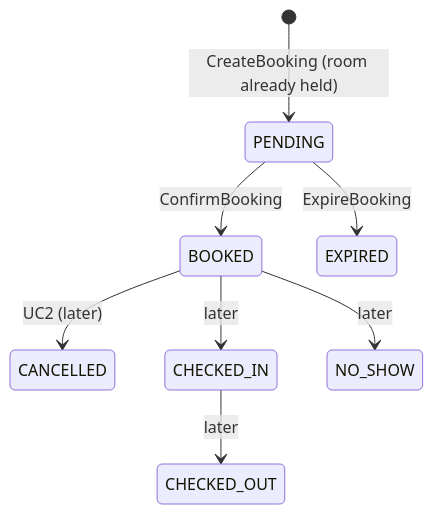
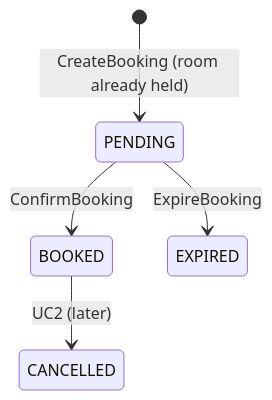
The third of 4 diagrams in doc/uc1-create-booking/state-machines.md (TranQuangPhong/hotel-booking-hexagon), drawn with Mermaid before and after one commit. The commit also changed other lines of this file and 12 other files, not shown here.

````diff
--- a/doc/uc1-create-booking/state-machines.md
+++ b/doc/uc1-create-booking/state-machines.md
@@ -93,10 +80,7 @@
 ```mermaid
 stateDiagram-v2
     [*] --> PENDING: CreateBooking (room already held)
     PENDING --> BOOKED: ConfirmBooking
     PENDING --> EXPIRED: ExpireBooking
     BOOKED --> CANCELLED: UC2 (later)
-    BOOKED --> CHECKED_IN: later
-    CHECKED_IN --> CHECKED_OUT: later
-    BOOKED --> NO_SHOW: later
 ```
````
